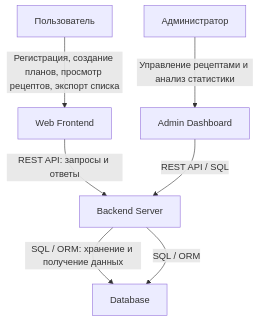
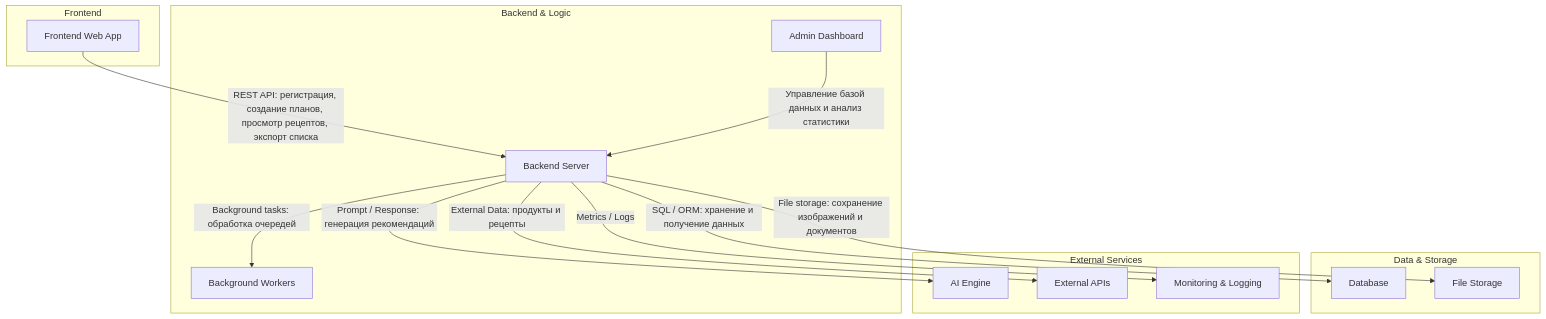
One commit to vstu-sii/master-2025-team-usb changed the second of 3 diagrams in docs/architecture/c4-diagrams.md. Above: the diagram before and after it, drawn with Mermaid. The commit also changed other lines of this file, not shown here.

`````diff
--- a/docs/architecture/c4-diagrams.md
+++ b/docs/architecture/c4-diagrams.md
@@ -20,24 +20,37 @@
 ```mermaid
 graph TD
-    %% Акторы
-    U[Пользователь]
-    Admin[Администратор]
+    %% Группы контейнеров
+    subgraph UI [Frontend]
+        FE[Frontend Web App]
+    end
 
-    %% Контейнеры
-    FE[Web Frontend]
-    BE[Backend Server]
-    DB[Database]
-    AD[Admin Dashboard]
+    subgraph Server [Backend & Logic]
+        BE[Backend Server]
+        AD[Admin Dashboard]
+        WORK[Background Workers]
+    end
 
-    %% Взаимодействия пользователя с системой
-    U -->|Регистрация, создание планов, просмотр рецептов, экспорт списка| FE
-    FE -->|REST API: запросы и ответы| BE
+    subgraph Data [Data & Storage]
+        DB[Database]
+        STORAGE[File Storage]
+    end
+
+    subgraph External [External Services]
+        AI[AI Engine]
+        API[External APIs]
+        LOG[Monitoring & Logging]
+    end
+
+    %% Взаимодействия
+    FE -->|REST API: регистрация, создание планов, просмотр рецептов, экспорт списка| BE
     BE -->|SQL / ORM: хранение и получение данных| DB
+    BE -->|Prompt / Response: генерация рекомендаций| AI
+    BE -->|External Data: продукты и рецепты| API
+    BE -->|Metrics / Logs| LOG
+    BE -->|Background tasks: обработка очередей| WORK
+    BE -->|File storage: сохранение изображений и документов| STORAGE
+    AD -->|Управление базой данных и анализ статистики| BE
 
-    %% Взаимодействие администратора
-    Admin -->|Управление рецептами и анализ статистики| AD
-    AD -->|REST API / SQL| BE
-    BE -->|SQL / ORM| DB
 
 
 ````
`````
